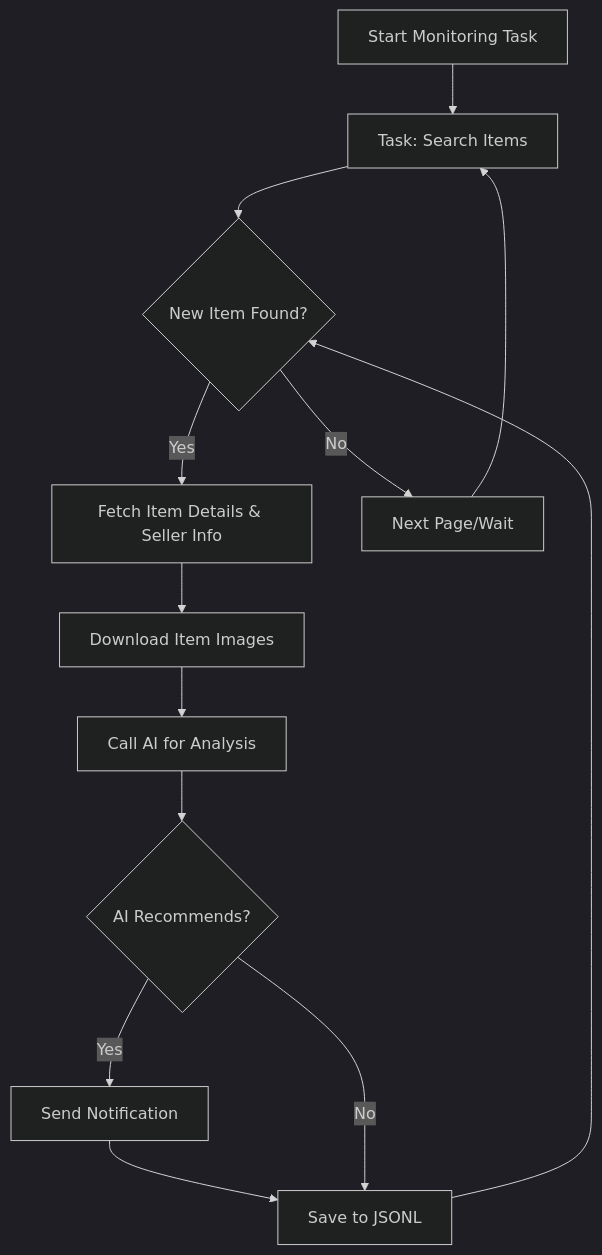
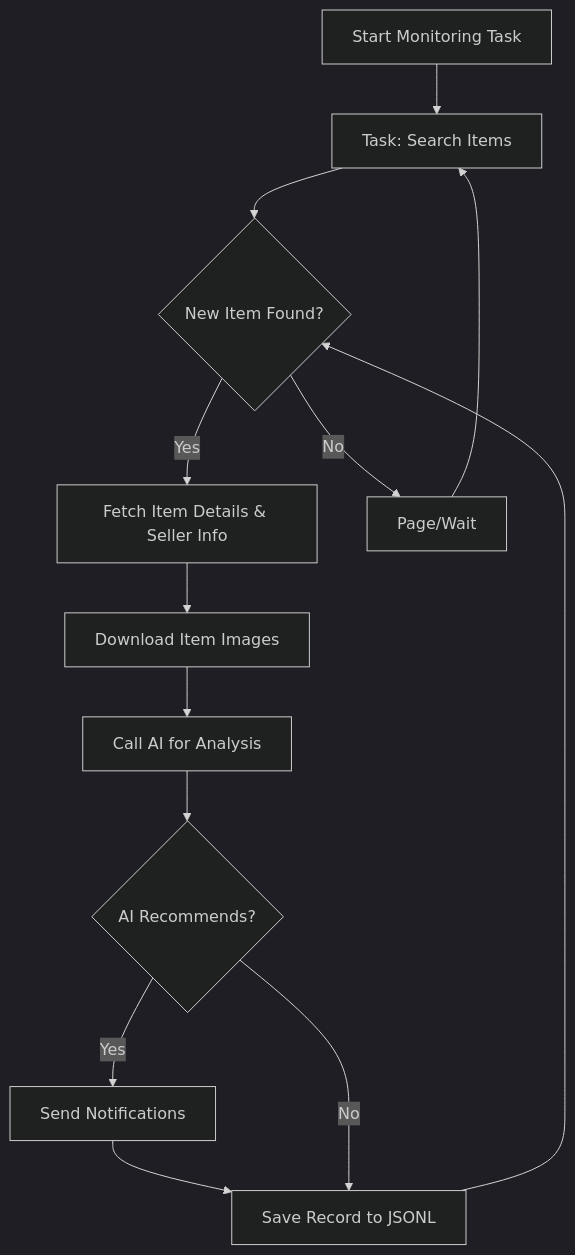
One commit to saurav-z/repo-docs changed the diagram in docs/dingyufei615-ai-goofish-monitor.md. Above: the diagram before and after it, drawn with Mermaid (dark theme). The commit also changed other lines of this file and 213 other files, not shown here.

````diff
--- a/docs/dingyufei615-ai-goofish-monitor.md
+++ b/docs/dingyufei615-ai-goofish-monitor.md
@@ -206,15 +175,15 @@
 ```mermaid
 graph TD
     A[Start Monitoring Task] --> B[Task: Search Items];
     B --> C{New Item Found?};
     C -- Yes --> D[Fetch Item Details & Seller Info];
     D --> E[Download Item Images];
     E --> F[Call AI for Analysis];
     F --> G{AI Recommends?};
-    G -- Yes --> H[Send Notification];
-    H --> I[Save to JSONL];
+    G -- Yes --> H[Send Notifications];
+    H --> I[Save Record to JSONL];
     G -- No --> I;
-    C -- No --> J[Next Page/Wait];
+    C -- No --> J[Page/Wait];
     J --> B;
     I --> C;
 ```
````
